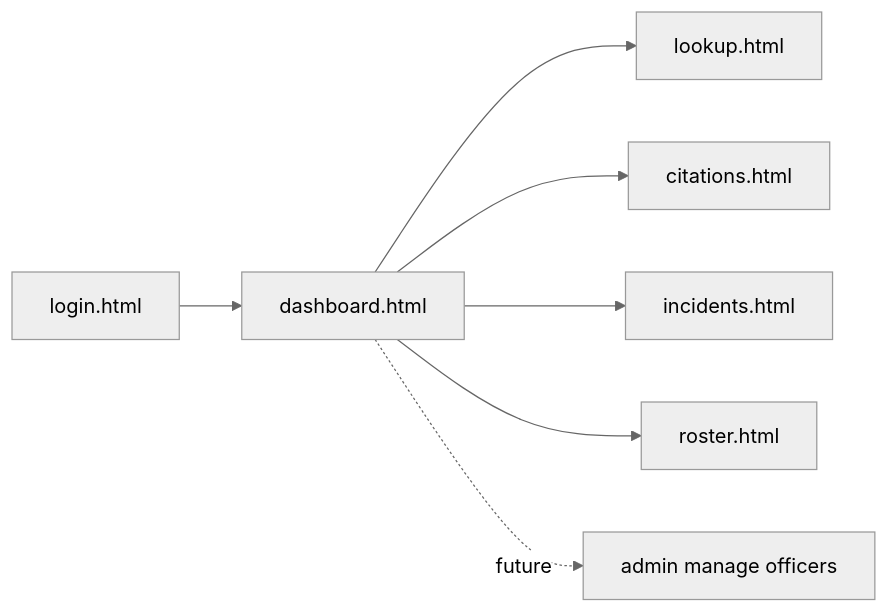
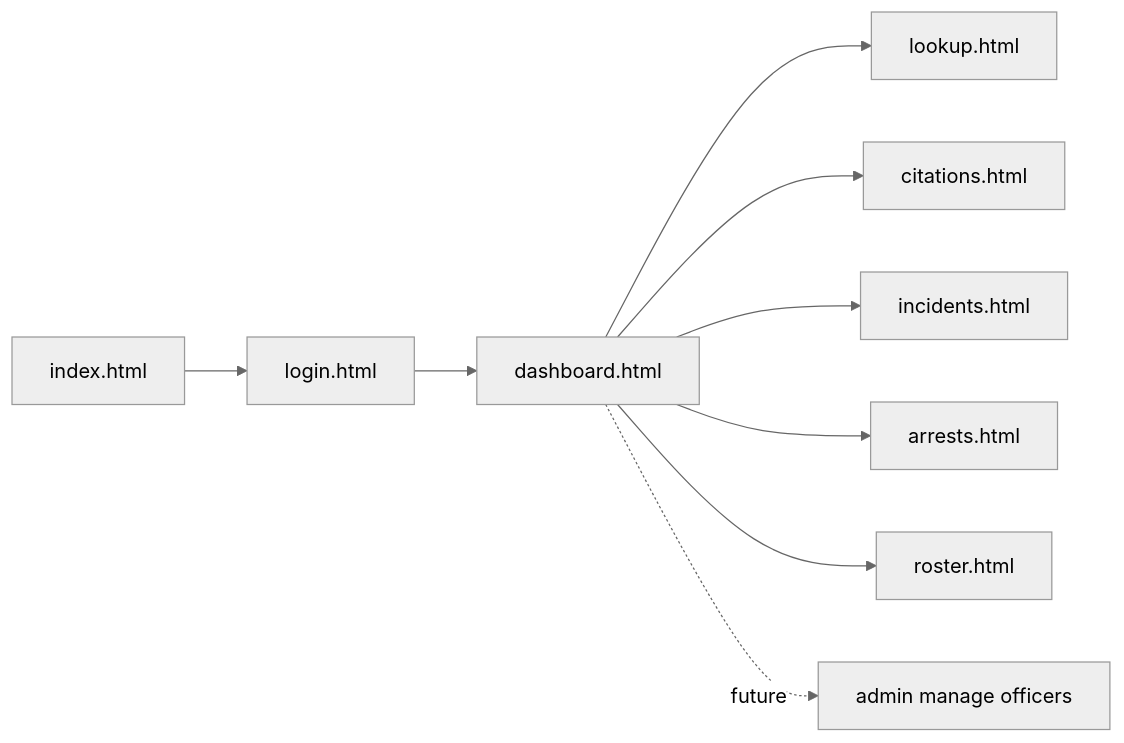
Before and after one commit to EgizianoEG/CNC111-Proto-PoliceMDT-Web: the first of 4 diagrams in ARCHITECTURE.md, drawn with Mermaid (neutral theme). The commit also changed other lines of this file and 13 other files, not shown here.

````diff
--- a/ARCHITECTURE.md
+++ b/ARCHITECTURE.md
@@ -19,9 +19,11 @@
 ```mermaid
 flowchart LR
-    A[login.html] --> B[dashboard.html]
-    B --> C[lookup.html]
-    B --> D[citations.html]
-    B --> E[incidents.html]
-    B --> F[roster.html]
-    B -.future.-> G[admin manage officers]
+    A[index.html] --> B[login.html]
+    B --> C[dashboard.html]
+    C --> D[lookup.html]
+    C --> E[citations.html]
+    C --> F[incidents.html]
+    C --> G[arrests.html]
+    C --> H[roster.html]
+    C -.future.-> I[admin manage officers]
 ```
````
